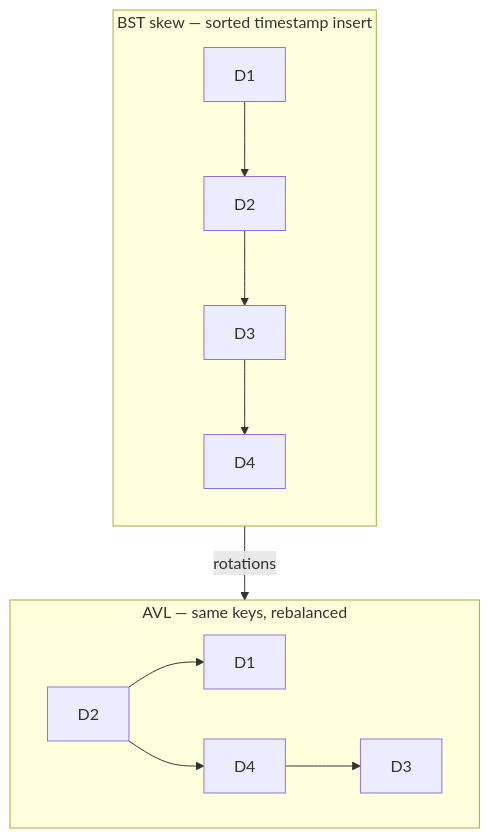
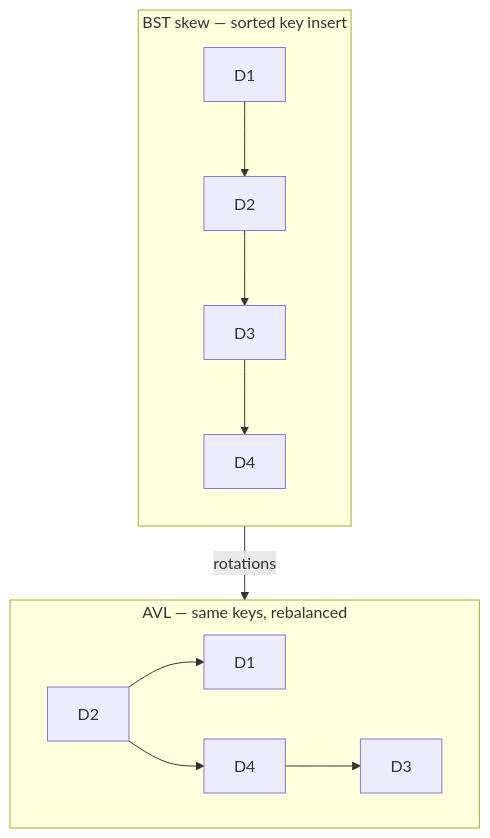
The first of 5 diagrams in docs/dsa/data-structures/avl-tree/index.md (qgjones9/python-programming-guide), drawn with Mermaid before and after one commit. The commit also changed other lines of this file and 19 other files, not shown here.

````diff
--- a/docs/dsa/data-structures/avl-tree/index.md
+++ b/docs/dsa/data-structures/avl-tree/index.md
@@ -32,14 +32,14 @@
 ```mermaid
 flowchart TB
- subgraph before["BST skew — sorted timestamp insert"]
+ subgraph before["BST skew — sorted key insert"]
  direction TB
  D1["D1"] --> D2["D2"] --> D3["D3"] --> D4["D4"]
  end
  subgraph after["AVL — same keys, rebalanced"]
  D2a["D2"]
  D2a --> D1a["D1"]
  D2a --> D4a["D4"]
  D4a --> D3a["D3"]
  end
  before -->|"rotations"| after
 ```
````
